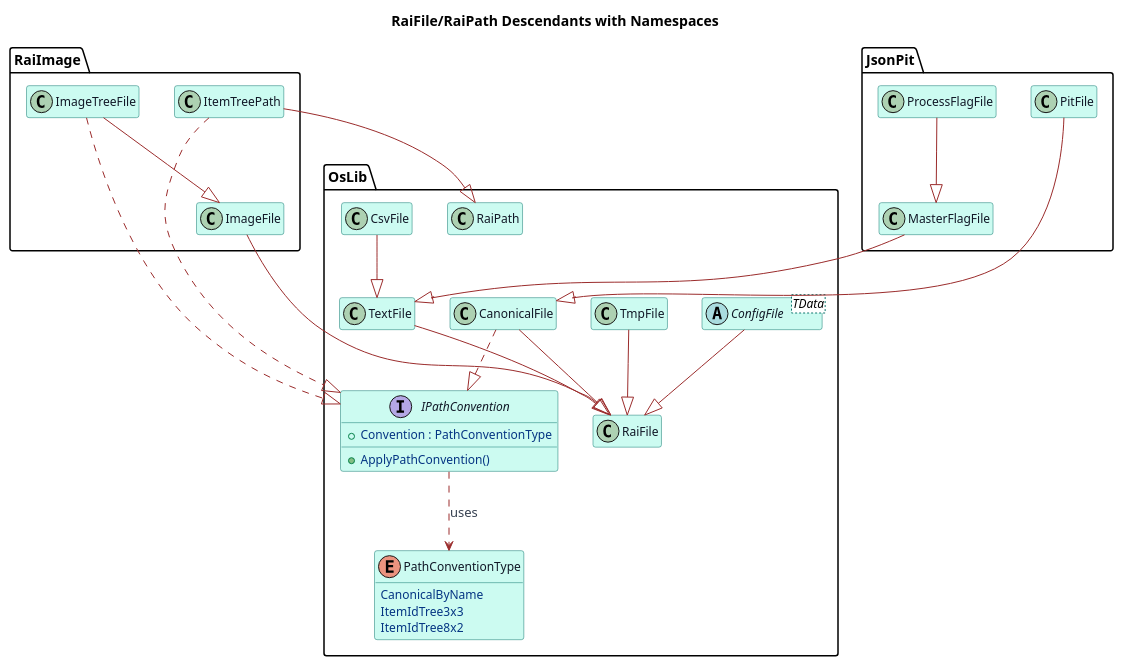
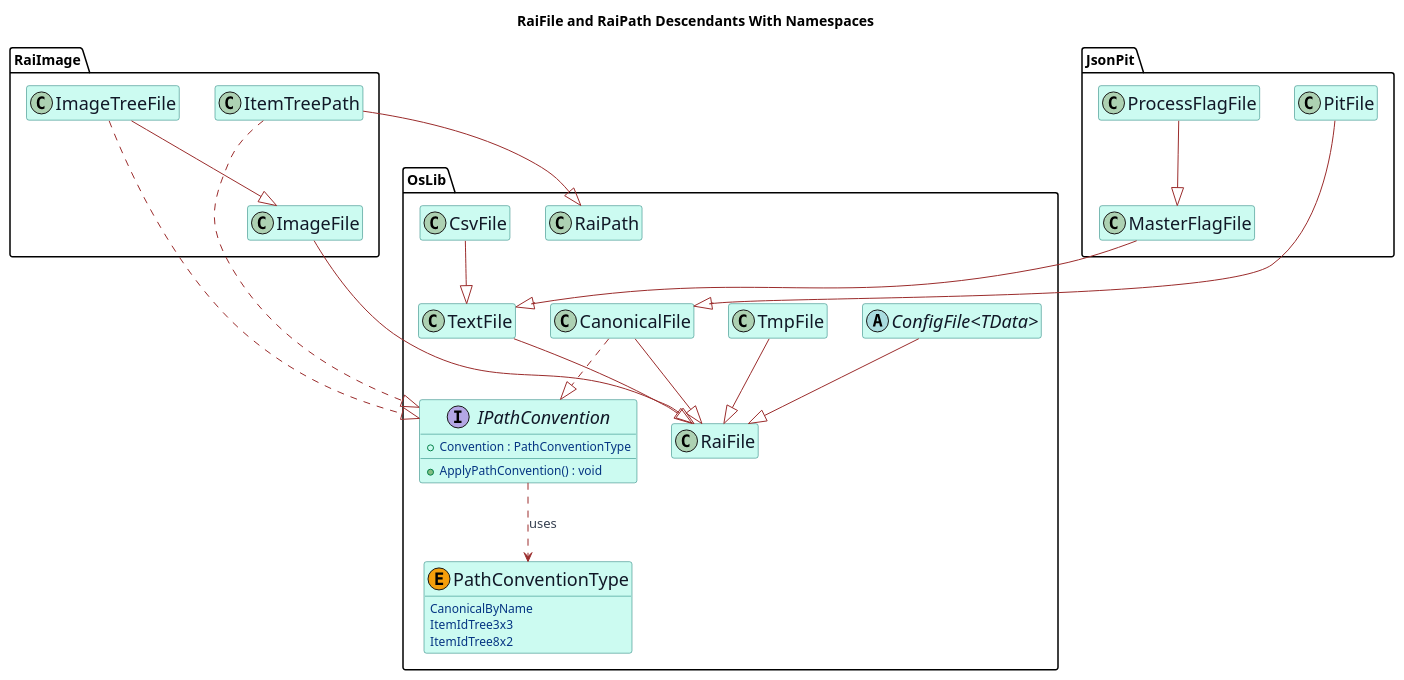
One commit to Burkhardt/OsLib changed the diagram in RaiFile-Descendants-With-Namespaces.puml. Above: the diagram before and after it, drawn with PlantUML. The commit also changed 23 other files, not shown here.

```diff
--- a/RaiFile-Descendants-With-Namespaces.puml
+++ b/RaiFile-Descendants-With-Namespaces.puml
@@ -1,87 +1,84 @@
 @startuml RaiFile-Descendants-With-Namespaces
-' Generated: 2026-04-03
+' Generated: 2026-04-04
+
+title RaiFile and RaiPath Descendants With Namespaces
 
 skinparam backgroundColor white
 skinparam shadowing false
 skinparam DiagramFontName "Casual"
 skinparam DiagramFontSize 36
 skinparam ClassFontName "Casual"
-skinparam ClassFontSize 28
+skinparam ClassFontSize 36
 skinparam ClassAttributeIconSize 10
 skinparam ClassAttributeFontName Casual
 skinparam ClassAttributeFontColor #053583
 skinparam ClassAttributeFontWeight normal
 skinparam ClassAttributeFontSize 12
 skinparam ClassMethodFontName "Casual"
 skinparam ClassMethodFontSize 12
 skinparam ClassMethodFontWeight 500
 skinparam ClassAttributeFontStyle normal
 skinparam ClassBorderColor #0f766e
 skinparam ClassBackgroundColor #ccfbf1
 skinparam ClassFontColor #111827
 skinparam EnumBorderColor #b45309
 skinparam EnumBackgroundColor #fef3c7
 skinparam EnumFontColor #7c2d12
 skinparam NoteBackgroundColor #fff7d6
 skinparam NoteBorderColor #d4b106
 skinparam ArrowColor #9b2c2c
 skinparam ArrowFontColor #374151
 skinparam ArrowFontName "Casual"
+
 hide empty members
 
-title RaiFile/RaiPath Descendants with Namespaces
-
 package "OsLib" {
-	class RaiFile
-	class RaiPath
-
-	class TextFile
-	class CsvFile
-	class TmpFile
-	class CanonicalFile
-	abstract class "ConfigFile<TData>" as ConfigFileT
-
-	interface IPathConvention {
+	class "<size:18>RaiFile</size>" as RaiFile
+	class "<size:18>RaiPath</size>" as RaiPath
+	class "<size:18>TextFile</size>" as TextFile
+	class "<size:18>CsvFile</size>" as CsvFile
+	class "<size:18>TmpFile</size>" as TmpFile
+	class "<size:18>CanonicalFile</size>" as CanonicalFile
+	abstract class "<size:18>ConfigFile<TData></size>" as ConfigFileT
+	interface "<size:18>IPathConvention</size>" as IPathConvention {
 		+Convention : PathConventionType
-		+ApplyPathConvention()
+		+ApplyPathConvention() : void
 	}
-
-	enum PathConventionType {
+	enum "<size:18>PathConventionType</size>" as PathConventionType << (E,#f59e0b) >> {
 		CanonicalByName
 		ItemIdTree3x3
 		ItemIdTree8x2
 	}
 }
 
 package "RaiImage" {
-	class ImageFile
-	class ImageTreeFile
-	class ItemTreePath
+	class "<size:18>ImageFile</size>" as ImageFile
+	class "<size:18>ImageTreeFile</size>" as ImageTreeFile
+	class "<size:18>ItemTreePath</size>" as ItemTreePath
 }
 
 package "JsonPit" {
-	class PitFile
-	class MasterFlagFile
-	class ProcessFlagFile
+	class "<size:18>PitFile</size>" as PitFile
+	class "<size:18>MasterFlagFile</size>" as MasterFlagFile
+	class "<size:18>ProcessFlagFile</size>" as ProcessFlagFile
 }
 
 TextFile --|> RaiFile
 CsvFile --|> TextFile
 TmpFile --|> RaiFile
 CanonicalFile --|> RaiFile
 ConfigFileT --|> RaiFile
 ImageFile --|> RaiFile
 ImageTreeFile --|> ImageFile
 PitFile --|> CanonicalFile
 MasterFlagFile --|> TextFile
 ProcessFlagFile --|> MasterFlagFile
 
 ItemTreePath --|> RaiPath
 
 CanonicalFile ..|> IPathConvention
 ImageTreeFile ..|> IPathConvention
 ItemTreePath ..|> IPathConvention
-
 IPathConvention ..> PathConventionType : uses
 
 @enduml
```
